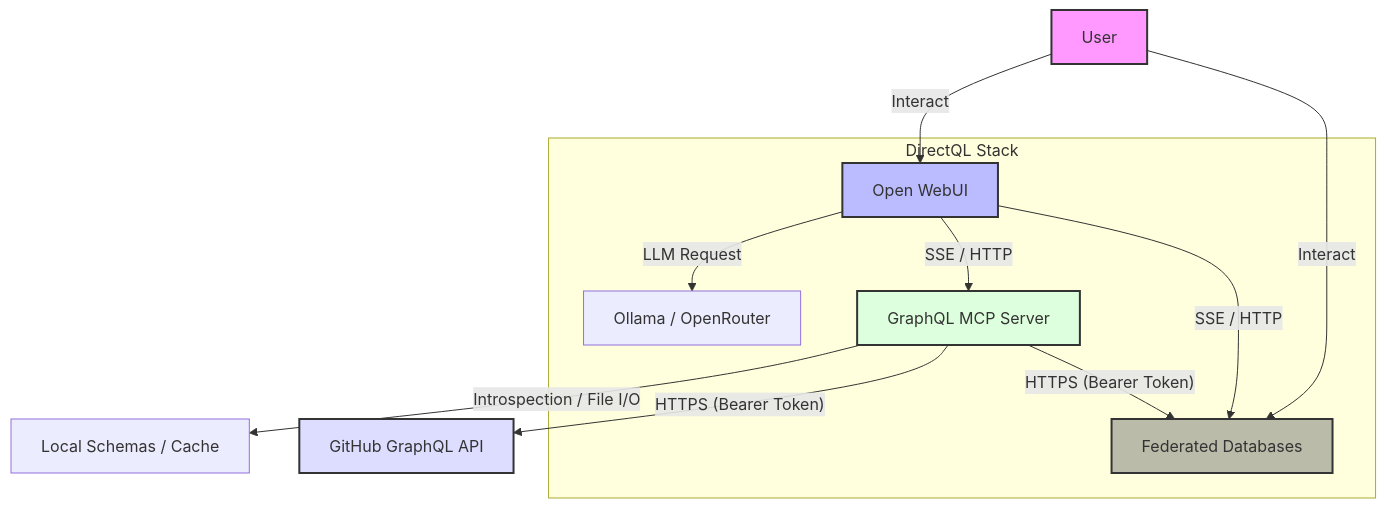
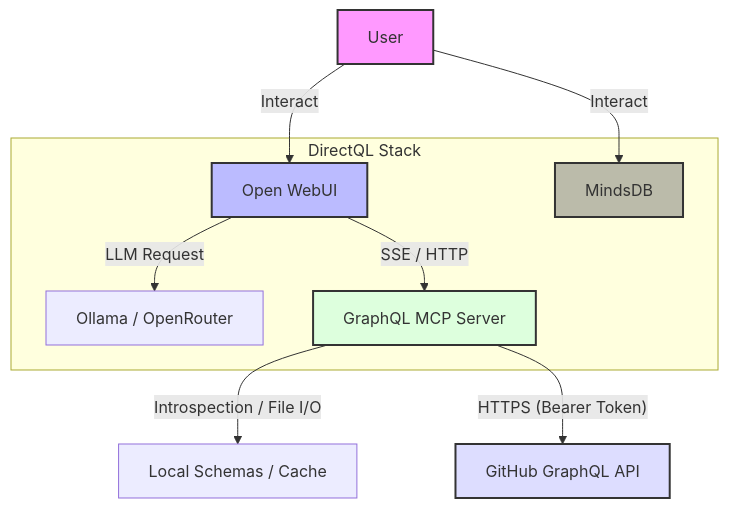
The first of 2 diagrams in README.md (andreibesleaga/DirectQL), drawn with Mermaid before and after one commit. The commit also changed other lines of this file, not shown here.

````diff
--- a/README.md
+++ b/README.md
@@ -29,26 +29,24 @@
 ```mermaid
 graph TD
     User[User] -->|Interact| UI[Open WebUI]
     User[User] -->|Interact| DB[MindsDB]
 
     UI -->|LLM Request| Ollama[Ollama / OpenRouter]
     UI -->|SSE / HTTP| MCP[GraphQL MCP Server]
-    UI -->|SSE / HTTP| DB[DB MCP Server]
 
     subgraph "DirectQL Stack"
         UI
         MCP
         DB
         Ollama
     end
 
     MCP -->|Introspection / File I/O| Schema[Local Schemas / Cache]
     MCP -- "HTTPS (Bearer Token)" --> GitHub[GitHub GraphQL API]
-    MCP -- "HTTPS (Bearer Token)" --> DB[Federated Databases]
 
     style User fill:#f9f,stroke:#333,stroke-width:2px
     style UI fill:#bbf,stroke:#333,stroke-width:2px
     style MCP fill:#dfd,stroke:#333,stroke-width:2px
     style DB fill:#bba,stroke:#333,stroke-width:2px
     style GitHub fill:#ddf,stroke:#333,stroke-width:2px
 ```
````
